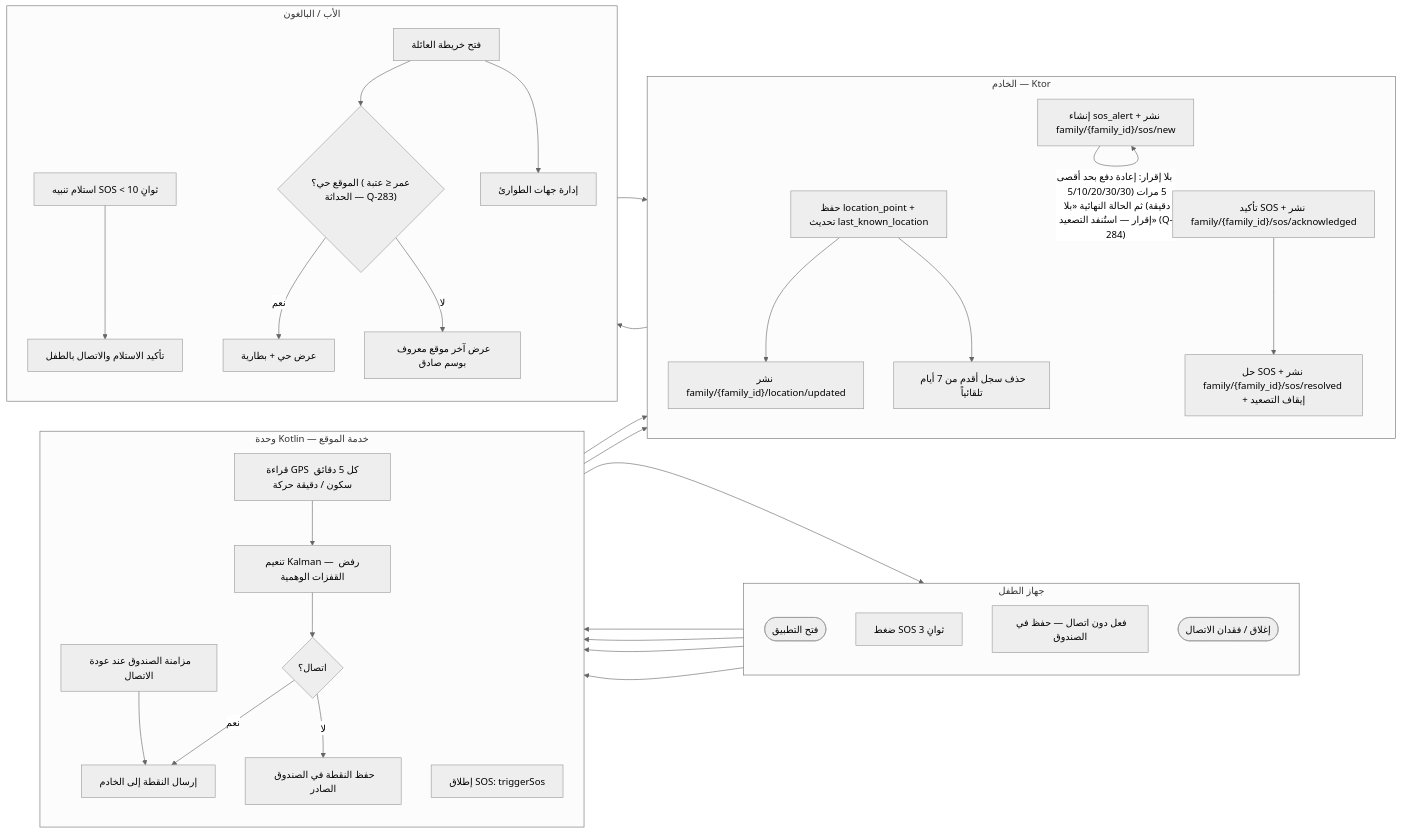
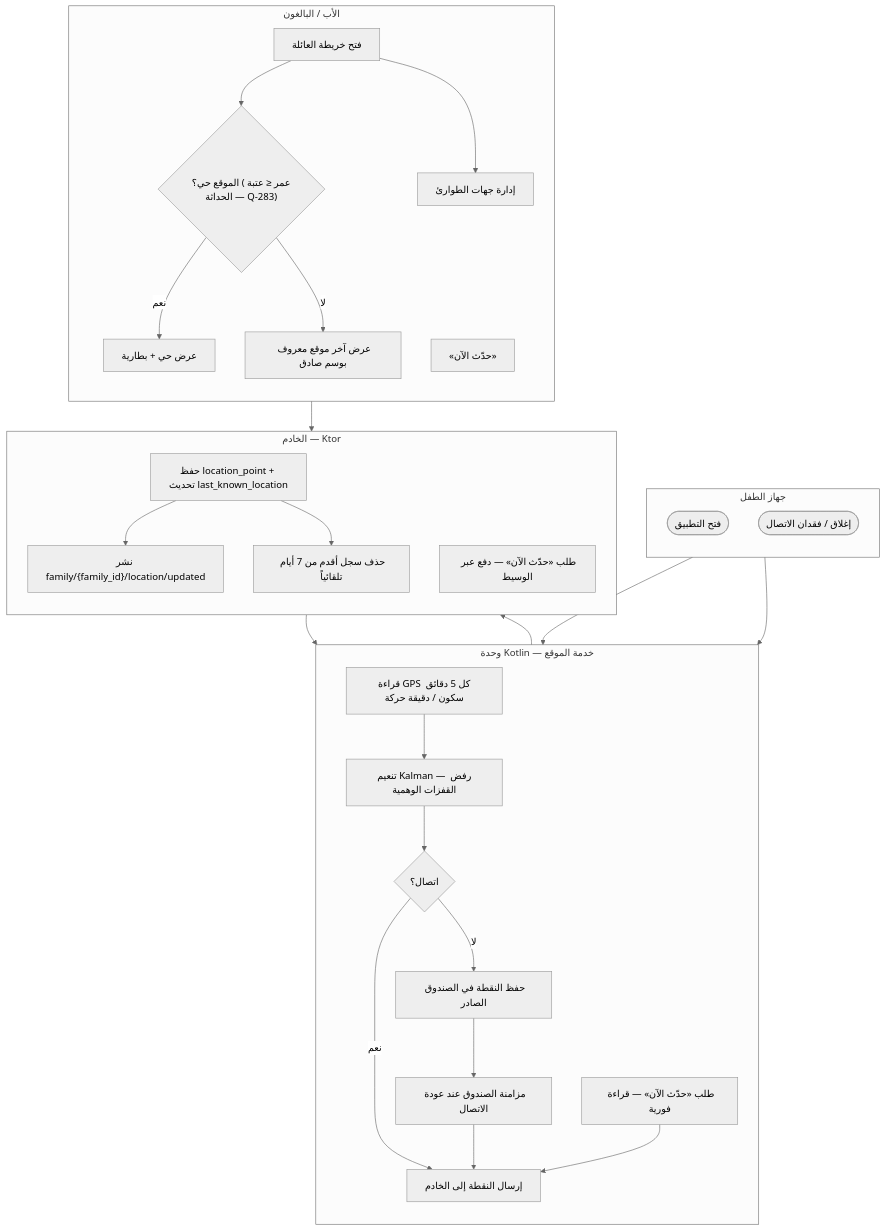
Before and after one commit to Bassam-mohammed-alqaeadi/family-os-v2: diagram 22 of 23 in docs/family-os/governance/phases/phase-1/S1-07-location-basic/DIAGRAMS.md, drawn with Mermaid (neutral theme). The commit also changed other lines of this file, not shown here.

````diff
--- a/docs/family-os/governance/phases/phase-1/S1-07-location-basic/DIAGRAMS.md
+++ b/docs/family-os/governance/phases/phase-1/S1-07-location-basic/DIAGRAMS.md
@@ -545,63 +780,53 @@
 ```mermaid
-flowchart LR
+flowchart TD
     subgraph Device [جهاز الطفل]
         direction TB
         U1([فتح التطبيق])
-        U2[ضغط SOS 3 ثوانٍ]
-        U3[فعل دون اتصال — حفظ في الصندوق]
         U4([إغلاق / فقدان الاتصال])
     end
     subgraph Kotlin [وحدة Kotlin — خدمة الموقع]
         direction TB
         K1[قراءة GPS كل 5 دقائق سكون / دقيقة حركة]
         K2[تنعيم Kalman — رفض القفزات الوهمية]
         K3{اتصال؟}
         K4[إرسال النقطة إلى الخادم]
         K5[حفظ النقطة في الصندوق الصادر]
         K6[مزامنة الصندوق عند عودة الاتصال]
-        K7[إطلاق SOS: triggerSos]
+        K8[طلب «حدّث الآن» — قراءة فورية]
     end
     subgraph Server [الخادم — Ktor]
         direction TB
         V1[حفظ location_point + تحديث last_known_location]
         V2["نشر family/{family_id}/location/updated"]
-        V3["إنشاء sos_alert + نشر family/{family_id}/sos/new"]
         V4[حذف سجل أقدم من 7 أيام تلقائياً]
-        V5["تأكيد SOS + نشر family/{family_id}/sos/acknowledged"]
-        V6["حل SOS + نشر family/{family_id}/sos/resolved + إيقاف التصعيد"]
+        V7[طلب «حدّث الآن» — دفع عبر الوسيط]
     end
     subgraph Parent [الأب / البالغون]
         direction TB
         F1[فتح خريطة العائلة]
         F2{"الموقع حي؟ (عمر ≤ عتبة الحداثة — Q-283)"}
         F3[عرض حي + بطارية]
         F4[عرض آخر موقع معروف بوسم صادق]
-        F5[استلام تنبيه SOS < 10 ثوانٍ]
-        F6[تأكيد الاستلام والاتصال بالطفل]
         F7[إدارة جهات الطوارئ]
+        F8[«حدّث الآن»]
     end
 
     U1 --> K1
     K1 --> K2
     K2 --> K3
     K3 -->|نعم| K4
     K3 -->|لا| K5
     K4 --> V1
     V1 --> V2
-    K5 --> U3
-    U3 --> K6
+    K5 --> K6
     K6 --> K4
     V1 --> V4
-    U2 --> K7
-    K7 --> V3
-    V3 --> F5
-    V3 -->|"بلا إقرار: إعادة دفع بحد أقصى 5 مرات (5/10/20/30/30 دقيقة) ثم الحالة النهائية «بلا إقرار — استُنفد التصعيد» (Q-284)"| V3
-    F5 --> F6
-    F6 --> V5
-    V5 --> V6
+    U4 --> K5
+    F8 --> V7
+    V7 --> K8
+    K8 --> K4
     F1 --> F2
     F2 -->|نعم| F3
     F2 -->|لا| F4
     F1 --> F7
-    U4 --> K5
 ```
````
